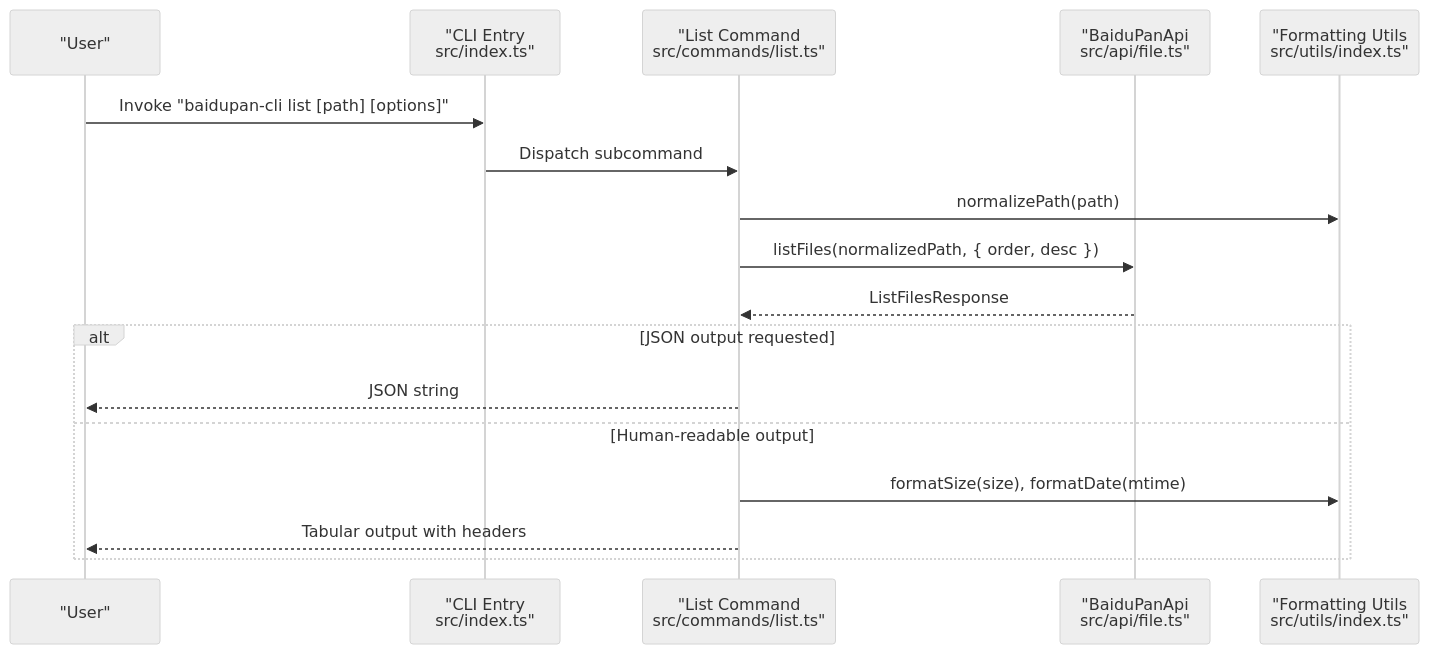
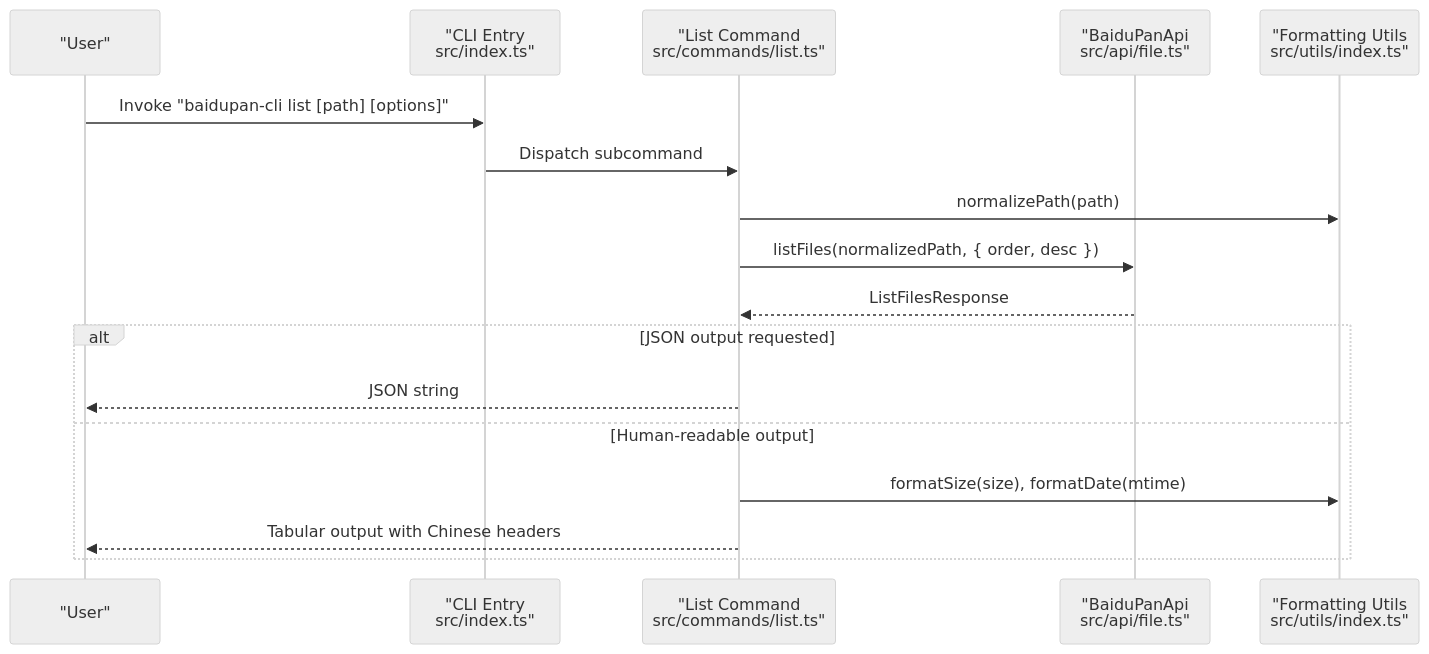
The second of 3 diagrams in .qoder/repowiki/en/content/Command Reference/List Command.md (yuexiaoliang/baiduwangpan-manager), drawn with Mermaid (neutral theme) before and after one commit. The commit also changed other lines of this file and 30 other files, not shown here.

````diff
--- a/.qoder/repowiki/en/content/Command Reference/List Command.md
+++ b/.qoder/repowiki/en/content/Command Reference/List Command.md
@@ -70,19 +87,19 @@
 ```mermaid
 sequenceDiagram
 participant User as "User"
 participant CLI as "CLI Entry<br/>src/index.ts"
 participant Cmd as "List Command<br/>src/commands/list.ts"
 participant API as "BaiduPanApi<br/>src/api/file.ts"
 participant Utils as "Formatting Utils<br/>src/utils/index.ts"
 User->>CLI : Invoke "baidupan-cli list [path] [options]"
 CLI->>Cmd : Dispatch subcommand
 Cmd->>Utils : normalizePath(path)
 Cmd->>API : listFiles(normalizedPath, { order, desc })
 API-->>Cmd : ListFilesResponse
 alt JSON output requested
 Cmd-->>User : JSON string
 else Human-readable output
 Cmd->>Utils : formatSize(size), formatDate(mtime)
-Cmd-->>User : Tabular output with headers
+Cmd-->>User : Tabular output with Chinese headers
 end
 ```
````
